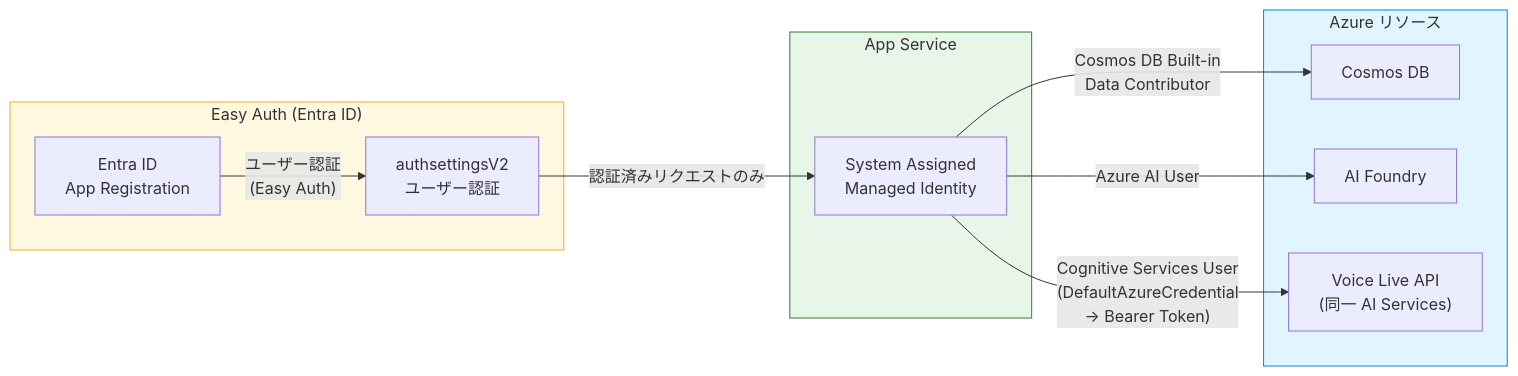
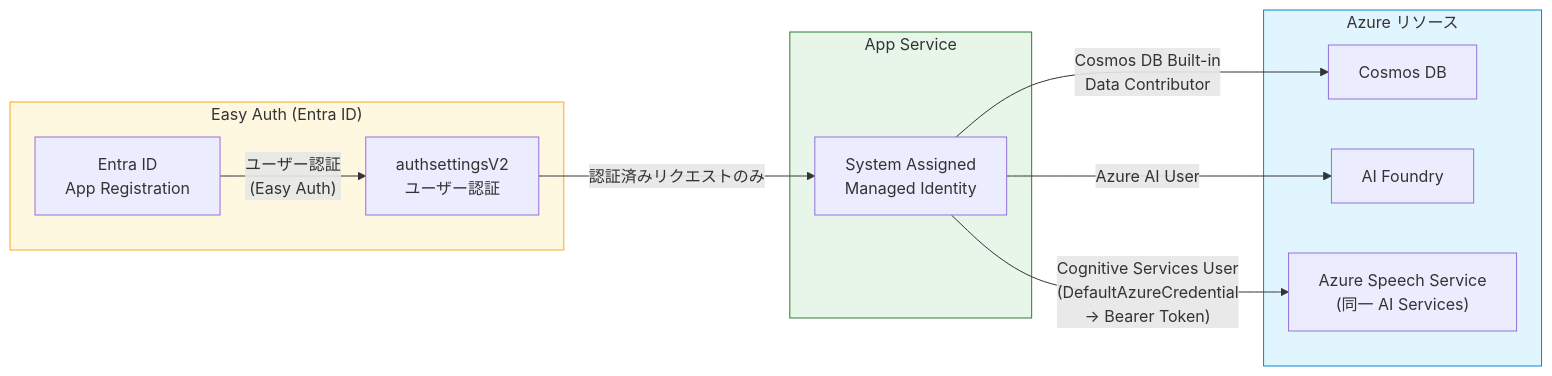
Diagram 19 of 22 in spec/architecture.md (hatasaki/Interview-Assistant-AI), drawn with Mermaid before and after one commit. The commit also changed other lines of this file and 12 other files, not shown here.

Commit message:
Refactor architecture to integrate Azure Speech SDK for transcription

````diff
--- a/spec/architecture.md
+++ b/spec/architecture.md
@@ -953,27 +925,27 @@
 ```mermaid
 flowchart LR
     subgraph EasyAuth["Easy Auth (Entra ID)"]
         ENTRA["Entra ID<br/>App Registration"]
         AUTH["authsettingsV2<br/>ユーザー認証"]
     end
 
     subgraph AppService["App Service"]
         MI["System Assigned<br/>Managed Identity"]
     end
 
     subgraph Resources["Azure リソース"]
         COSMOS["Cosmos DB"]
         FOUNDRY["AI Foundry"]
-        VL["Voice Live API<br/>(同一 AI Services)"]
+        SPEECH["Azure Speech Service<br/>(同一 AI Services)"]
     end
 
     ENTRA -->|"ユーザー認証<br/>(Easy Auth)"| AUTH
     AUTH -->|"認証済みリクエストのみ"| MI
     MI -->|"Cosmos DB Built-in<br/>Data Contributor"| COSMOS
     MI -->|"Azure AI User"| FOUNDRY
-    MI -->|"Cognitive Services User<br/>(DefaultAzureCredential<br/>→ Bearer Token)"| VL
+    MI -->|"Cognitive Services User<br/>(DefaultAzureCredential<br/>→ Bearer Token)"|SPEECH
 
     style EasyAuth fill:#fff8e1,stroke:#f9a825
     style AppService fill:#e8f5e9,stroke:#2e7d32
     style Resources fill:#e1f5fe,stroke:#0288d1
 ```
````
